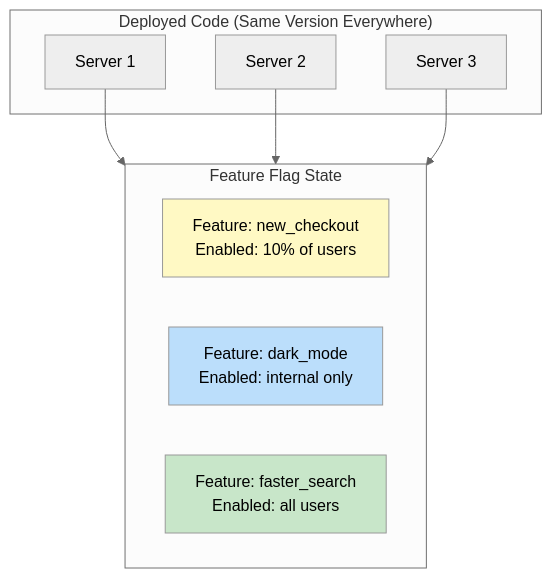
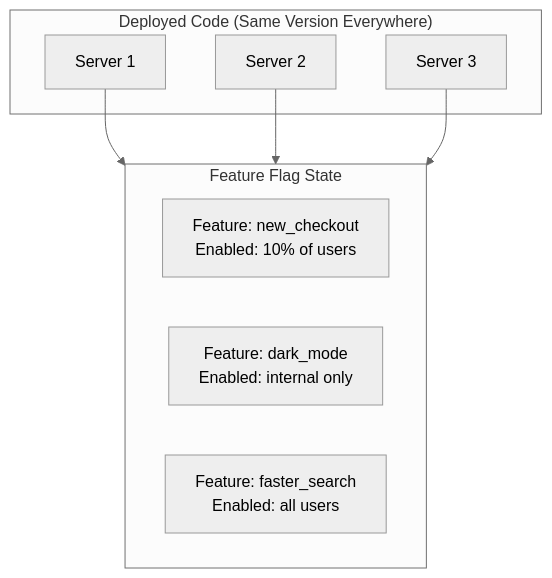
One commit to shivam-g-mishra/blog changed the eighth of 10 diagrams in docs/cicd/deployment-strategies.md. Above: the diagram before and after it, drawn with Mermaid. The commit also changed other lines of this file and 23 other files, not shown here.

First line of the commit message:
fix: improve Mermaid diagram visibility in dark mode

````diff
--- a/docs/cicd/deployment-strategies.md
+++ b/docs/cicd/deployment-strategies.md
@@ -668,23 +630,19 @@
 ```mermaid
 %%{init: {'theme': 'neutral'}}%%
 flowchart TB
     subgraph deploy["Deployed Code (Same Version Everywhere)"]
         D1[Server 1]
         D2[Server 2]
         D3[Server 3]
     end
     
     subgraph flags["Feature Flag State"]
         F1["Feature: new_checkout<br/>Enabled: 10% of users"]
         F2["Feature: dark_mode<br/>Enabled: internal only"]
         F3["Feature: faster_search<br/>Enabled: all users"]
     end
     
     D1 --> flags
     D2 --> flags
     D3 --> flags
-    
-    style F1 fill:#fff9c4
-    style F2 fill:#bbdefb
-    style F3 fill:#c8e6c9
 ```
````
